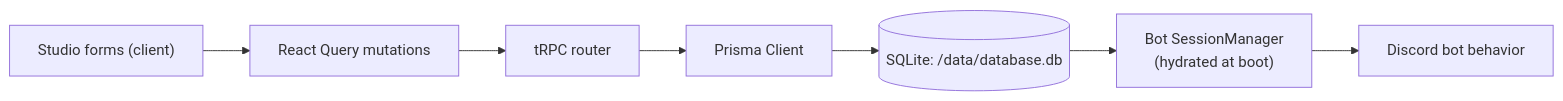
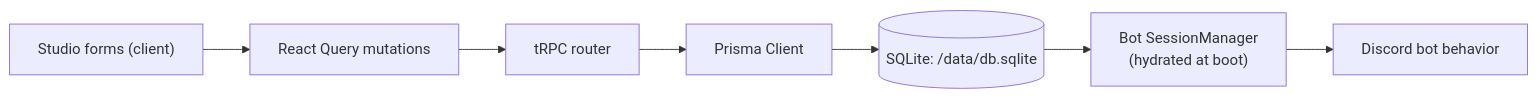
The second of 2 diagrams in wiki/Dashboard.md (PhantomNimbi/Master-Bot), drawn with Mermaid before and after one commit. The commit also changed other lines of this file and 28 other files, not shown here.

````diff
--- a/wiki/Dashboard.md
+++ b/wiki/Dashboard.md
@@ -52,9 +70,9 @@
 ```mermaid
 flowchart LR
     SUB["Studio forms (client)"] --> RQ["React Query mutations"]
     RQ --> T["tRPC router"]
     T --> P["Prisma Client"]
-    P --> DB[("SQLite: /data/database.db")]
+    P --> DB[("SQLite: /data/db.sqlite")]
     DB --> SM["Bot SessionManager<br/>(hydrated at boot)"]
     SM --> B["Discord bot behavior"]
 ```
````
